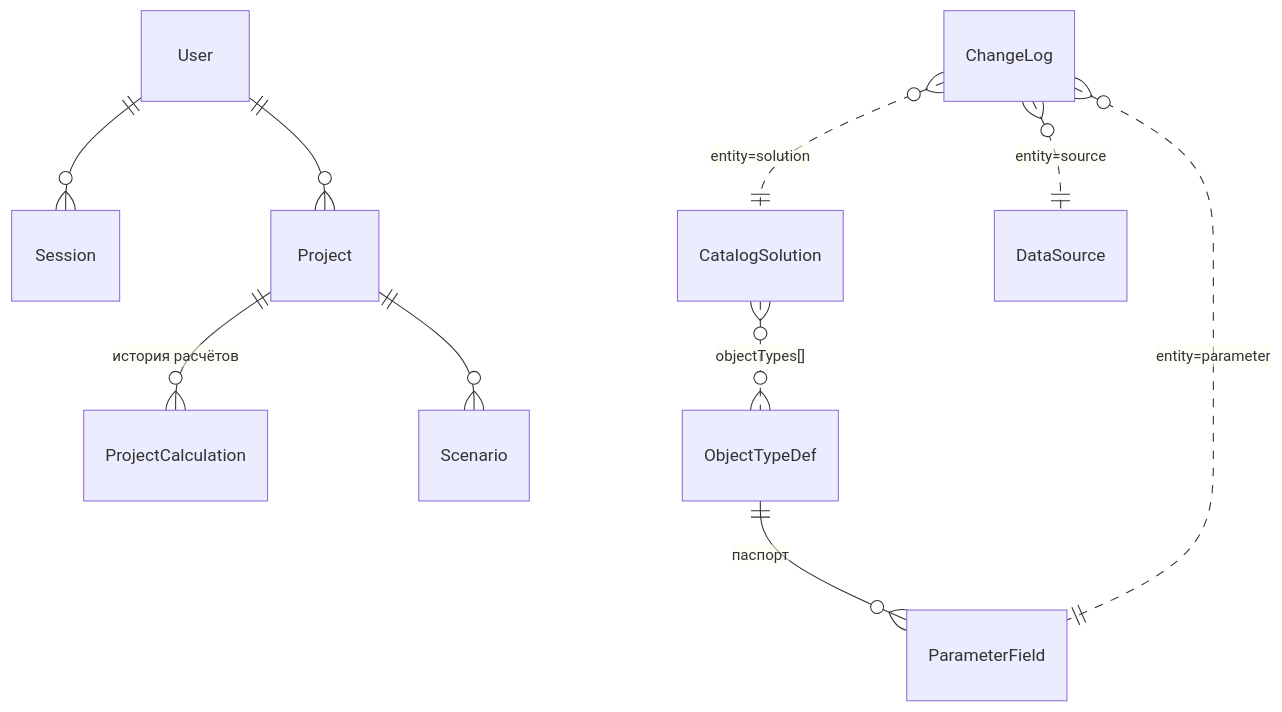
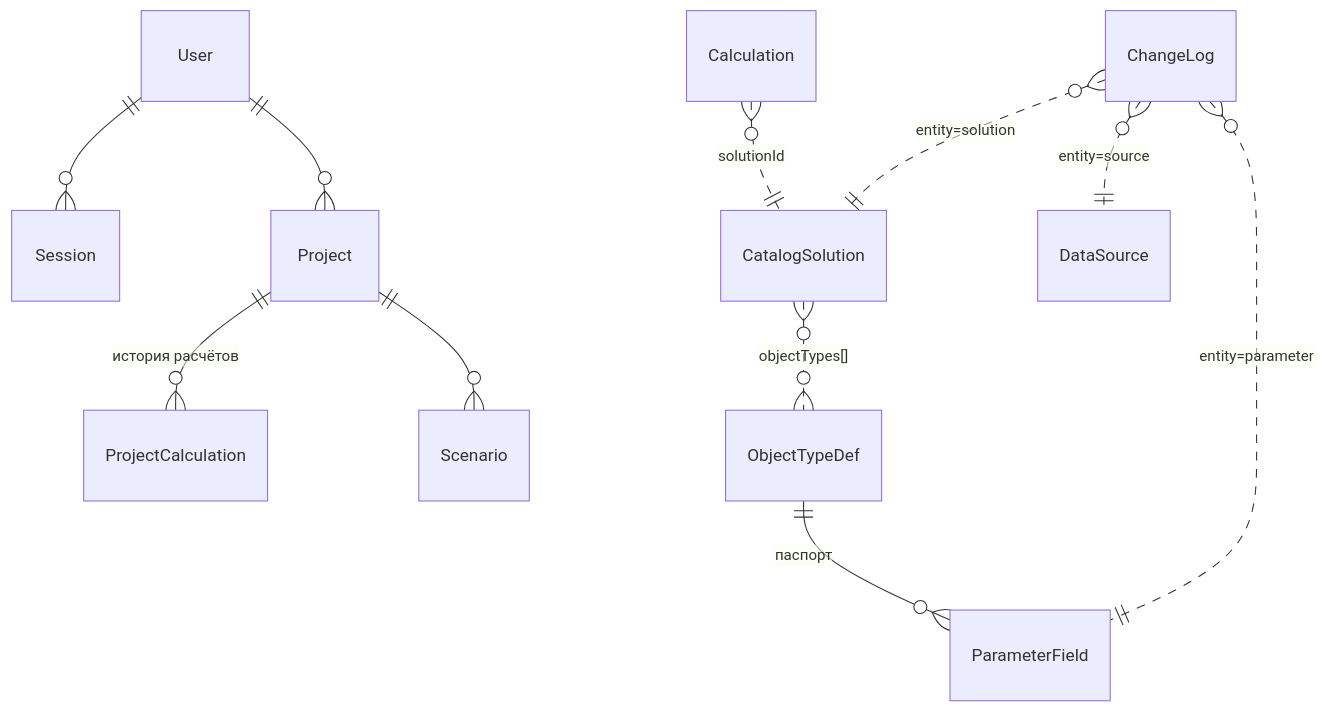
One commit to SoraLox/robopodbor changed the second of 2 diagrams in docs/03-architecture.md. Above: the diagram before and after it, drawn with Mermaid. The commit also changed other lines of this file and 52 other files, not shown here.

````diff
--- a/docs/03-architecture.md
+++ b/docs/03-architecture.md
@@ -44,12 +44,13 @@
 ```mermaid
 erDiagram
   User ||--o{ Session : ""
   User ||--o{ Project : ""
   Project ||--o{ ProjectCalculation : "история расчётов"
   Project ||--o{ Scenario : ""
+  Calculation }o..|| CatalogSolution : "solutionId"
   ObjectTypeDef ||--o{ ParameterField : "паспорт"
   CatalogSolution }o..o{ ObjectTypeDef : "objectTypes[]"
   ChangeLog }o..|| CatalogSolution : "entity=solution"
   ChangeLog }o..|| DataSource : "entity=source"
   ChangeLog }o..|| ParameterField : "entity=parameter"
 ```
````
